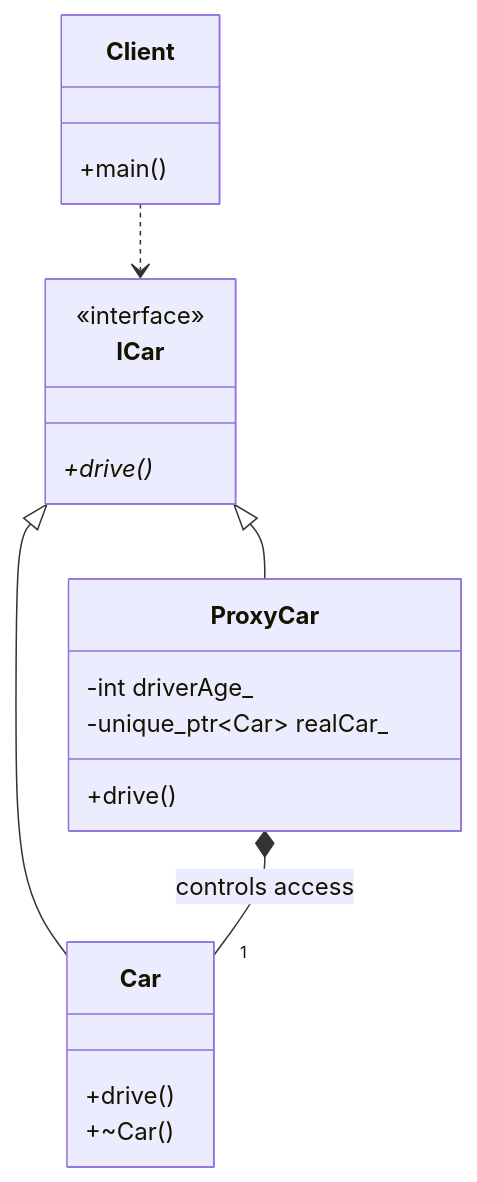
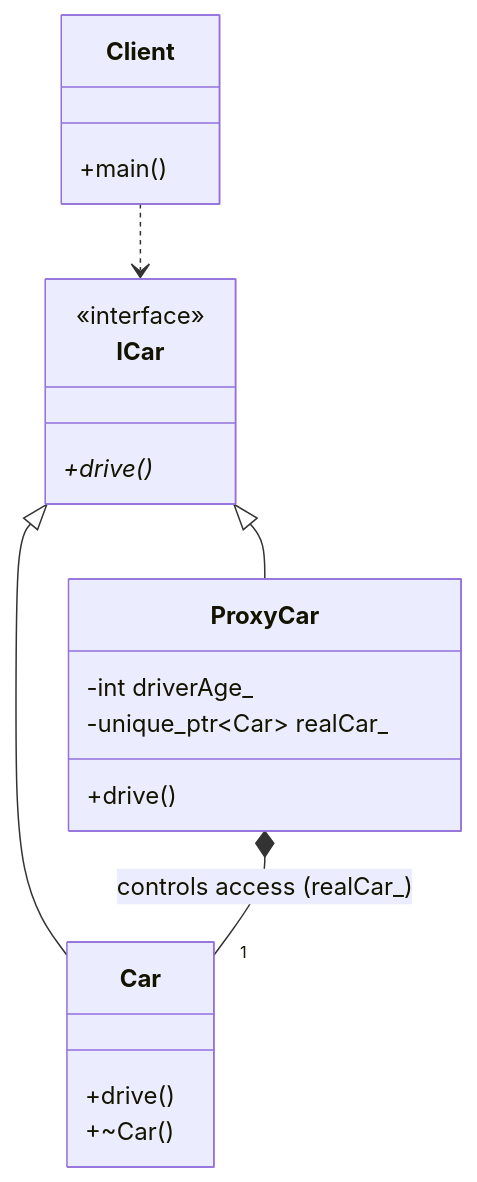
One commit to Cichlidfishexigency721/Modern-CPP-Design-Patterns changed the diagram in 14_Proxy/README.md. Above: the diagram before and after it, drawn with Mermaid. The commit also changed 1 other file, not shown here.

Commit message:
UML improvement

````diff
--- a/14_Proxy/README.md
+++ b/14_Proxy/README.md
@@ -47,33 +47,33 @@
 ```mermaid
 classDiagram
    class ICar {
       <<interface>>
       +drive()*
    }
 
    class Car {
       +drive()
       +~Car()
    }
 
    class ProxyCar {
       -int driverAge_
       -unique_ptr~Car~ realCar_
       +drive()
    }
 
    class Client {
       +main()
    }
 
    %% Inheritance (Is_a) - No numbers
    ICar <|-- Car
    ICar <|-- ProxyCar
 
    %% Composition (Has_a) - Multiplicity "1" only at the end
    %% The Proxy owns and manages the lifecycle of the Real Subject
-   ProxyCar *-- "1" Car : controls access
+   ProxyCar *-- "1" Car : controls access (realCar_)
 
    %% Dependency - No numbers
    Client ..> ICar
 ```
````
